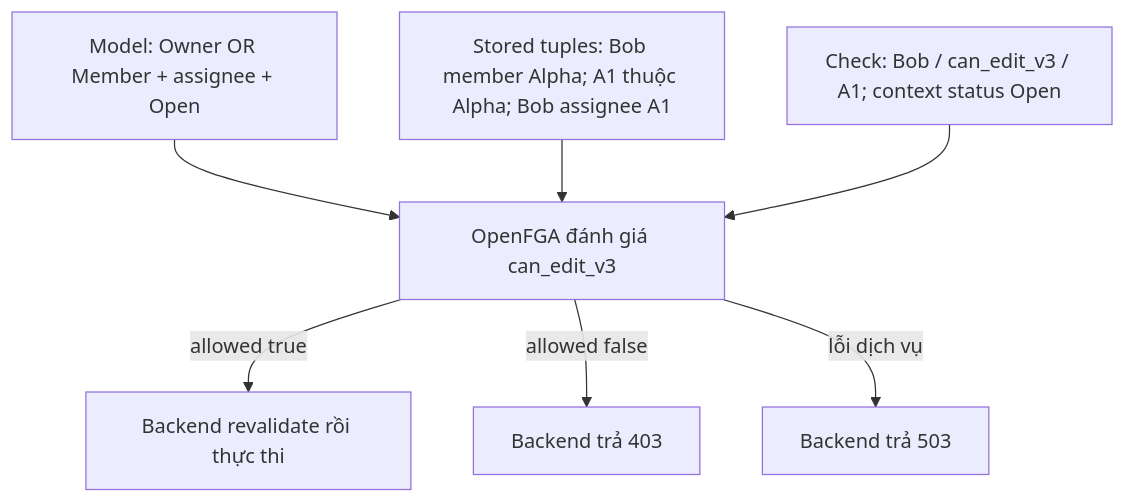
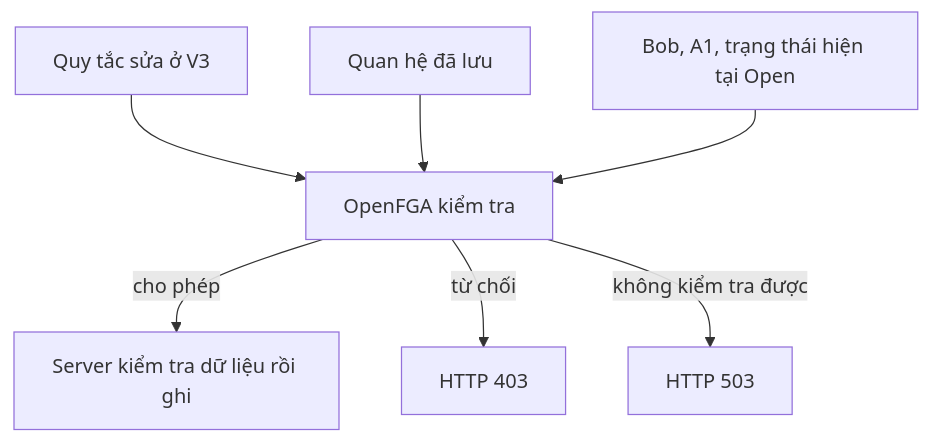
Before and after one commit to giabao1509/AdvanceWeb_Assigment: the third of 4 diagrams in report.md, drawn with Mermaid. The commit also changed other lines of this file and 5 other files, not shown here.

````diff
--- a/report.md
+++ b/report.md
@@ -59,10 +61,10 @@
 ```mermaid
 flowchart TB
   %% mechanism-openfga
-  MODEL[Model: Owner OR Member + assignee + Open] --> CHECK[OpenFGA đánh giá can_edit_v3]
-  TUPLES[Stored tuples: Bob member Alpha; A1 thuộc Alpha; Bob assignee A1] --> CHECK
-  INPUT[Check: Bob / can_edit_v3 / A1; context status Open] --> CHECK
-  CHECK -->|allowed true| PEP[Backend revalidate rồi thực thi]
-  CHECK -->|allowed false| DENY[Backend trả 403]
-  CHECK -->|lỗi dịch vụ| ERROR[Backend trả 503]
+  MODEL[Quy tắc sửa ở V3] --> CHECK[OpenFGA kiểm tra]
+  TUPLES[Quan hệ đã lưu] --> CHECK
+  INPUT[Bob, A1, trạng thái hiện tại Open] --> CHECK
+  CHECK -->|cho phép| PEP[Server kiểm tra dữ liệu rồi ghi]
+  CHECK -->|từ chối| DENY[HTTP 403]
+  CHECK -->|không kiểm tra được| ERROR[HTTP 503]
 ```
````
